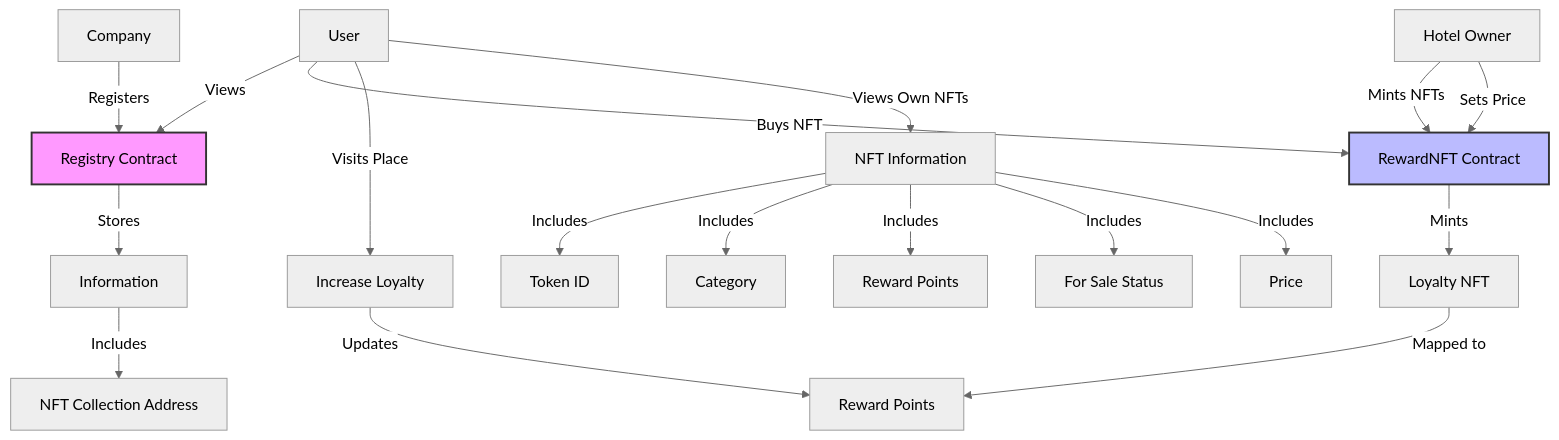
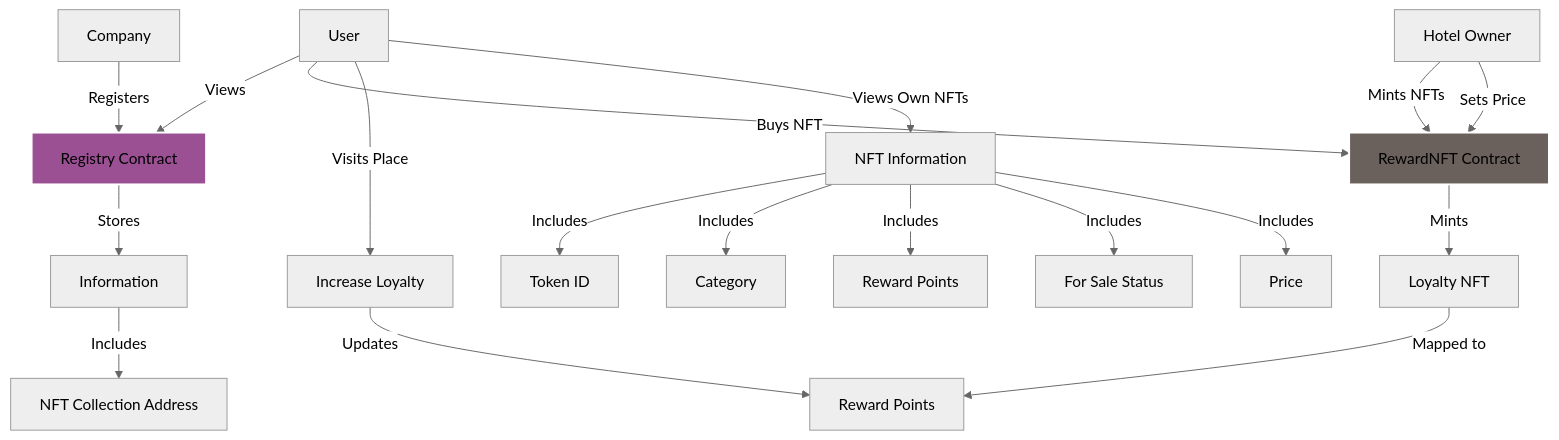
Before and after one commit to thesanjeevsharma/loyal-chain: the diagram in README.md, drawn with Mermaid (neutral theme).

Commit message:
docs: update mermaid diagrams colors

````diff
--- a/README.md
+++ b/README.md
@@ -32,22 +32,22 @@
 ```mermaid
 graph TD;
 A[Company] -->|Registers| B[Registry Contract];
 B -->|Stores| C[Information];
 C -->|Includes| D[NFT Collection Address];
 E[User] -->|Views| B;
 E -->|Buys NFT| F[RewardNFT Contract];
 F -->|Mints| G[Loyalty NFT];
 G -->|Mapped to| H[Reward Points];
 E -->|Visits Place| I[Increase Loyalty];
 I -->|Updates| H;
 J[Hotel Owner] -->|Mints NFTs| F;
 J -->|Sets Price| F;
 E -->|Views Own NFTs| K[NFT Information];
 K -->|Includes| L[Token ID];
 K -->|Includes| M[Category];
 K -->|Includes| N[Reward Points];
 K -->|Includes| O[For Sale Status];
 K -->|Includes| P[Price];
-style B fill:#f9f,stroke:#333,stroke-width:2px;
-style F fill:#bbf,stroke:#333,stroke-width:2px;
+style B fill:#9B5094,stroke:#fff,stroke-width:2px;
+style F fill:#6A605C,stroke:#fff,stroke-width:2px;
 ```
````
